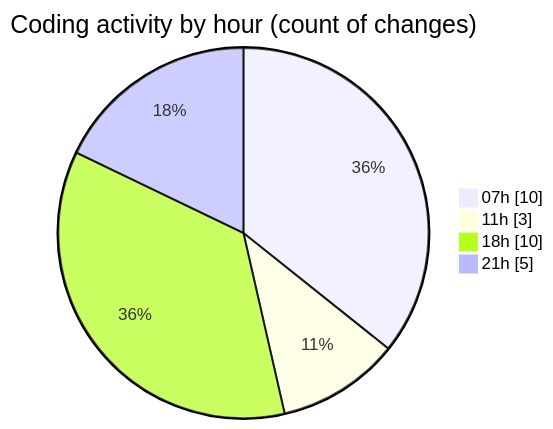
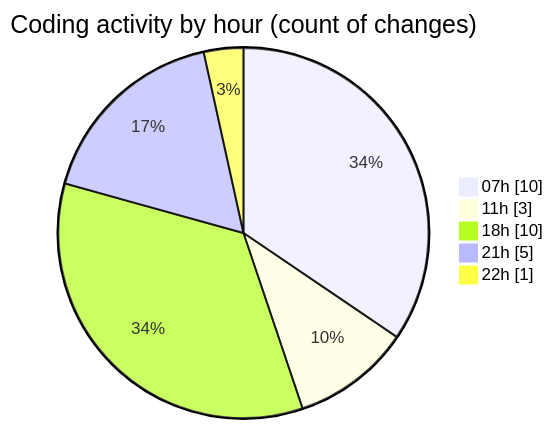
Before and after one commit to FelipKnott/code-tracking: the second of 2 diagrams in 2025-07-12/cursor/README.md, drawn with Mermaid. The commit also changed other lines of this file and 1 other file, not shown here.

````diff
--- a/2025-07-12/cursor/README.md
+++ b/2025-07-12/cursor/README.md
@@ -37,8 +37,9 @@
 ```mermaid
 pie showData
 title Coding activity by hour (count of changes)
 "07h" : 10
 "11h" : 3
 "18h" : 10
 "21h" : 5
+"22h" : 1
 ```
````
